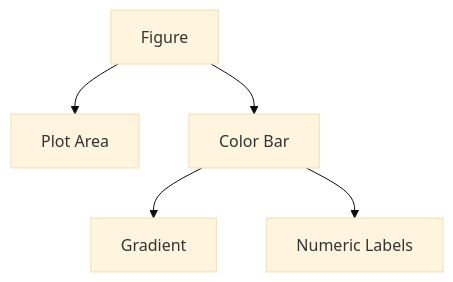
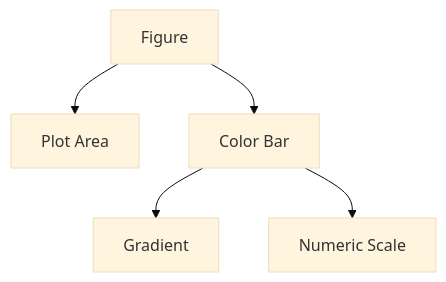
The diagram in Trimester 1/Data Visualization & Storytelling/W10 - Module 4c. Python Bokeh package/L29/Decorating the Visuals/Internal Architecture.md (Balasubramanian-pg/MSC.-Data-Science-AI), drawn with Mermaid (base theme) before and after one commit.

Commit message:
Add split section: Internal Architecture

````diff
--- a/Trimester 1/Data Visualization & Storytelling/W10 - Module 4c. Python Bokeh package/L29/Decorating the Visuals/Internal Architecture.md
+++ b/Trimester 1/Data Visualization & Storytelling/W10 - Module 4c. Python Bokeh package/L29/Decorating the Visuals/Internal Architecture.md
@@ -3,10 +3,10 @@
 ```mermaid
 flowchart TD
     A[Figure]
 
     A --> B[Plot Area]
     A --> C[Color Bar]
 
     C --> D[Gradient]
-    C --> E[Numeric Labels]
+    C --> E[Numeric Scale]
 ```
````
